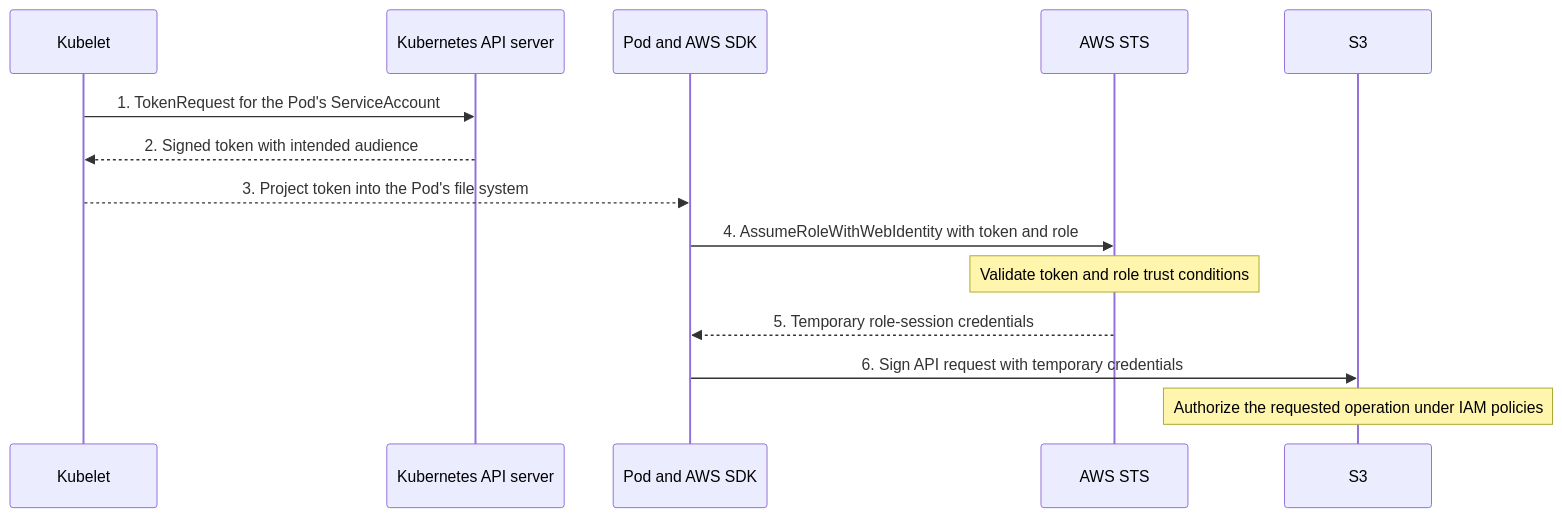
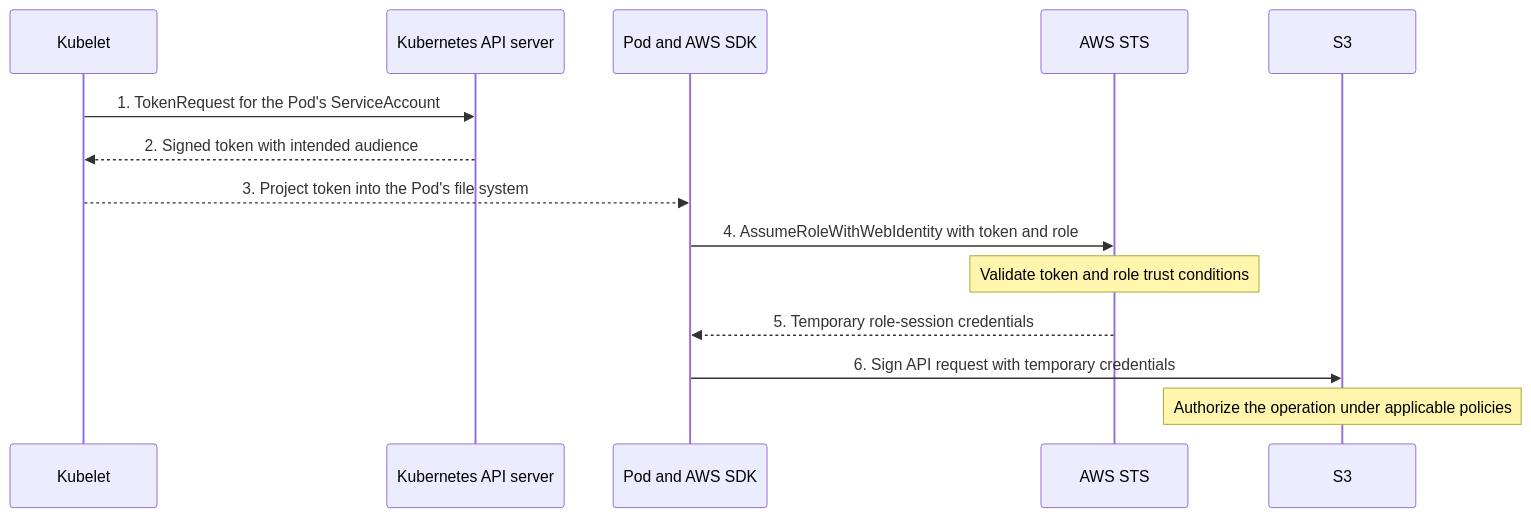
The fourth of 4 diagrams in src/content/docs/platform/foundations/security-principles/module-4.3-identity-and-access.md (kube-dojo/kube-dojo.github.io), drawn with Mermaid before and after one commit. The commit also changed other lines of this file, not shown here.

Commit message:
content(iam): scope token expiration and cross-cluster trust (#3513)

````diff
--- a/src/content/docs/platform/foundations/security-principles/module-4.3-identity-and-access.md
+++ b/src/content/docs/platform/foundations/security-principles/module-4.3-identity-and-access.md
@@ -589,17 +589,17 @@
 ```mermaid
 sequenceDiagram
     participant Kubelet as Kubelet
     participant API as Kubernetes API server
     participant Pod as Pod and AWS SDK
     participant STS as AWS STS
     participant S3 as S3
 
     Kubelet->>API: 1. TokenRequest for the Pod's ServiceAccount
     API-->>Kubelet: 2. Signed token with intended audience
     Kubelet-->>Pod: 3. Project token into the Pod's file system
     Pod->>STS: 4. AssumeRoleWithWebIdentity with token and role
     Note over STS: Validate token and role trust conditions
     STS-->>Pod: 5. Temporary role-session credentials
     Pod->>S3: 6. Sign API request with temporary credentials
-    Note over S3: Authorize the requested operation under IAM policies
+    Note over S3: Authorize the operation under applicable policies
 ```
````
